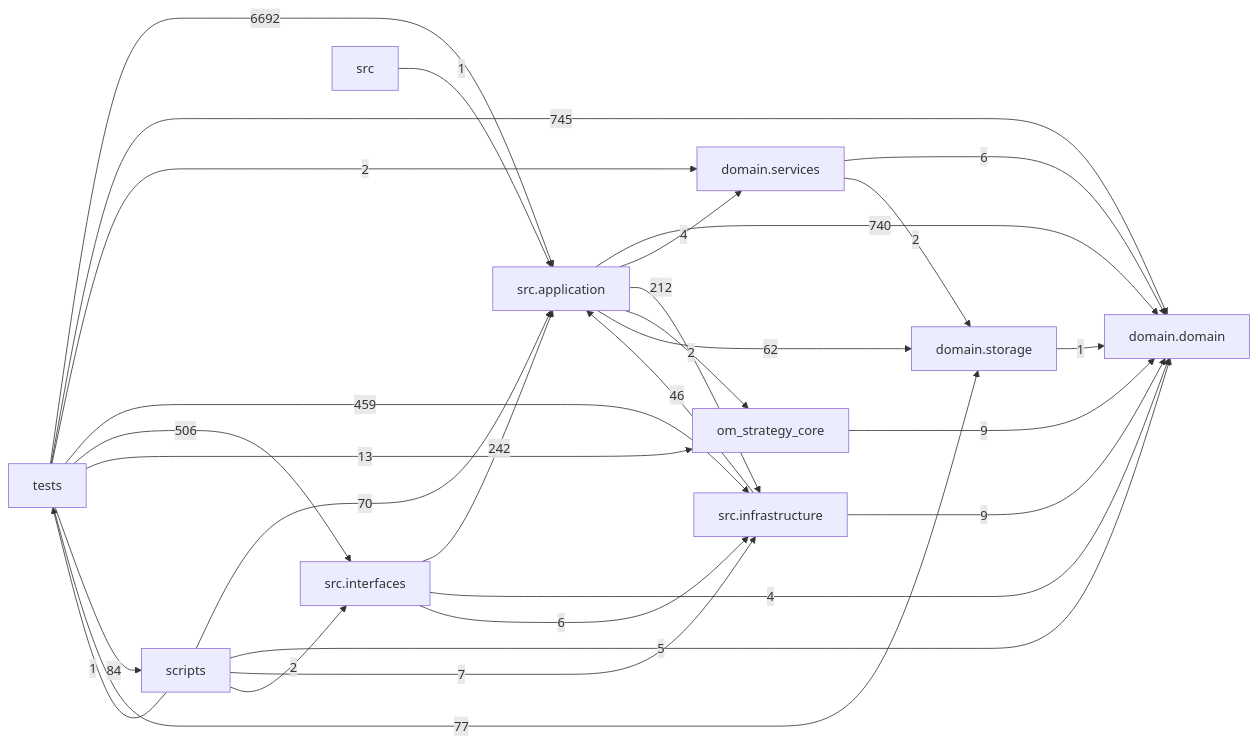
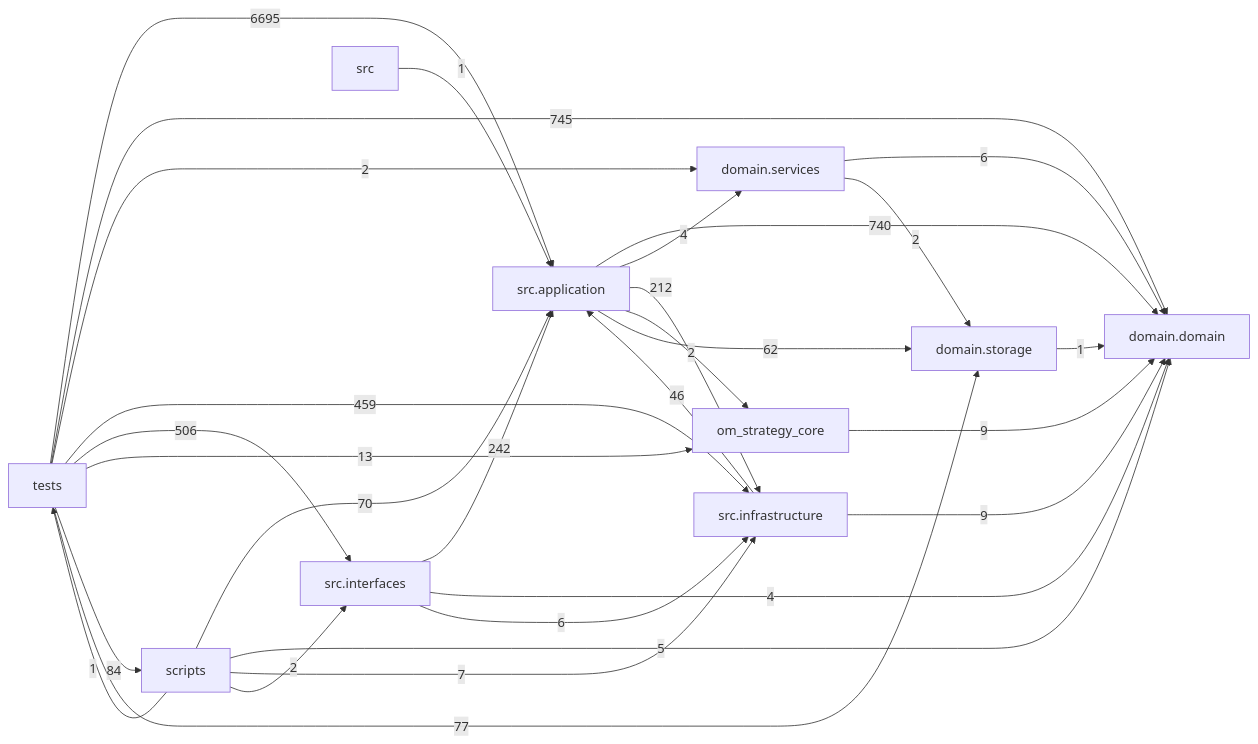
Before and after one commit to liuxie066/options-monitor: the diagram in docs/DEPENDENCY_GRAPH.md, drawn with Mermaid. The commit also changed other lines of this file and 2 other files, not shown here.

````diff
--- a/docs/DEPENDENCY_GRAPH.md
+++ b/docs/DEPENDENCY_GRAPH.md
@@ -24,39 +24,39 @@
 ```mermaid
 flowchart LR
   tests["tests"]
   scripts["scripts"]
   interfaces["src.interfaces"]
   application["src.application"]
   infrastructure["src.infrastructure"]
   domain_services["domain.services"]
   domain["domain.domain"]
   storage["domain.storage"]
   application -->|740| domain
   application -->|4| domain_services
   application -->|212| infrastructure
   application -->|2| om_strategy_core
   application -->|62| storage
   domain_services -->|6| domain
   domain_services -->|2| storage
   infrastructure -->|46| application
   infrastructure -->|9| domain
   interfaces -->|242| application
   interfaces -->|4| domain
   interfaces -->|6| infrastructure
   om_strategy_core -->|9| domain
   scripts -->|70| application
   scripts -->|5| domain
   scripts -->|7| infrastructure
   scripts -->|2| interfaces
   scripts -->|1| tests
   src -->|1| application
   storage -->|1| domain
-  tests -->|6692| application
+  tests -->|6695| application
   tests -->|745| domain
   tests -->|2| domain_services
   tests -->|459| infrastructure
   tests -->|506| interfaces
   tests -->|13| om_strategy_core
   tests -->|84| scripts
   tests -->|77| storage
 ```
````
